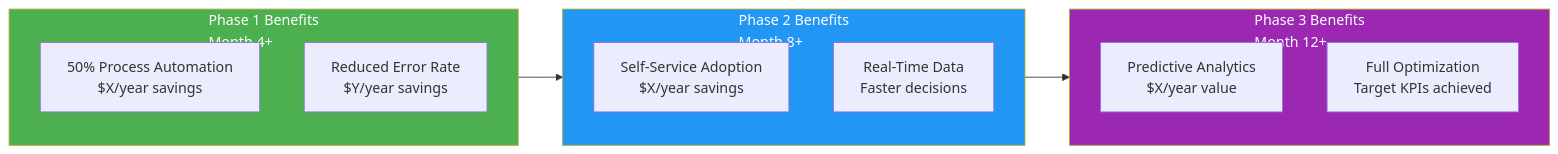
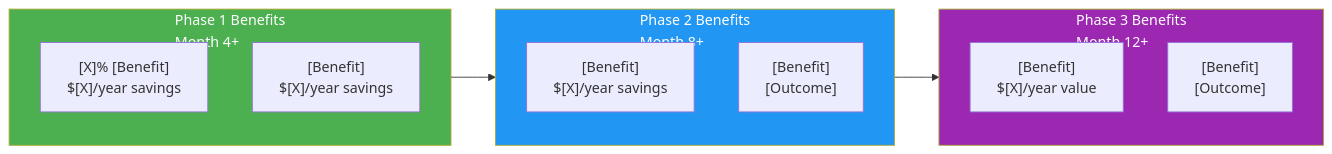
Before and after one commit to oat431/swe-knowledge: the third of 4 diagrams in document-template/01_Business_Analysis_and_strategy/Change-Strategy.md, drawn with Mermaid. The commit also changed other lines of this file and 50 other files, not shown here.

````diff
--- a/document-template/01_Business_Analysis_and_strategy/Change-Strategy.md
+++ b/document-template/01_Business_Analysis_and_strategy/Change-Strategy.md
@@ -399,23 +399,23 @@
 ```mermaid
 flowchart LR
     subgraph Phase1["Phase 1 Benefits<br>Month 4+"]
-        B1[50% Process Automation<br>$X/year savings]
-        B2[Reduced Error Rate<br>$Y/year savings]
+        B1["[X]% [Benefit]<br>$[X]/year savings"]
+        B2["[Benefit]<br>$[X]/year savings"]
     end
 
     subgraph Phase2["Phase 2 Benefits<br>Month 8+"]
-        B3[Self-Service Adoption<br>$X/year savings]
-        B4[Real-Time Data<br>Faster decisions]
+        B3["[Benefit]<br>$[X]/year savings"]
+        B4["[Benefit]<br>[Outcome]"]
     end
 
     subgraph Phase3["Phase 3 Benefits<br>Month 12+"]
-        B5[Predictive Analytics<br>$X/year value]
-        B6[Full Optimization<br>Target KPIs achieved]
+        B5["[Benefit]<br>$[X]/year value"]
+        B6["[Benefit]<br>[Outcome]"]
     end
 
     Phase1 --> Phase2 --> Phase3
 
     style Phase1 fill:#4CAF50,color:#fff
     style Phase2 fill:#2196F3,color:#fff
     style Phase3 fill:#9C27B0,color:#fff
 ```
````
